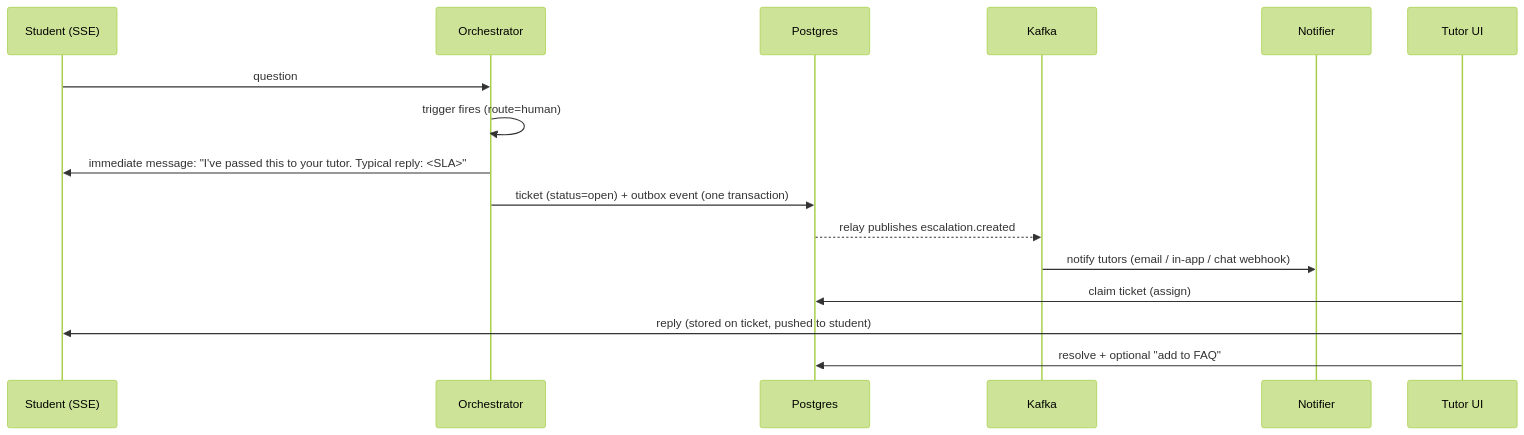
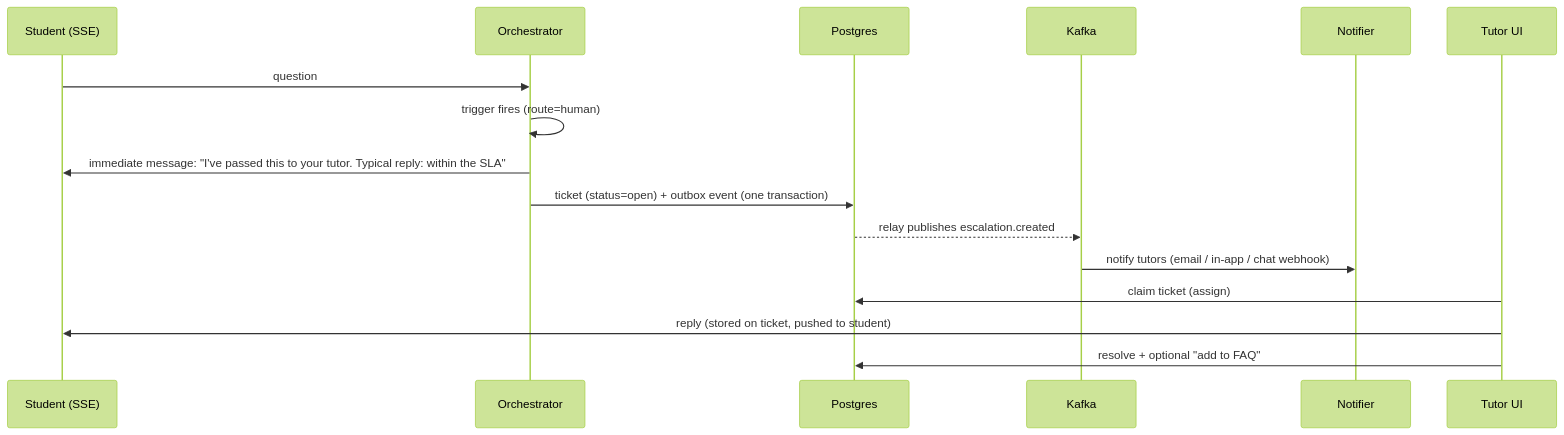
One commit to izasahmedldeveloper/ai-labs changed the diagram in docs/lld/10-escalation-hitl.md. Above: the diagram before and after it, drawn with Mermaid (forest theme).

Commit message:
Fix angle bracket in escalation sequence diagram
Claude-Session: https://claude.ai/code/session_014PhadER6y6X9sUYcGsrPox

````diff
--- a/docs/lld/10-escalation-hitl.md
+++ b/docs/lld/10-escalation-hitl.md
@@ -18,18 +18,18 @@
 ```mermaid
 sequenceDiagram
   participant S as Student (SSE)
   participant O as Orchestrator
   participant PG as Postgres
   participant K as Kafka
   participant N as Notifier
   participant T as Tutor UI
   S->>O: question
   O->>O: trigger fires (route=human)
-  O->>S: immediate message: "I've passed this to your tutor. Typical reply: <SLA>"
+  O->>S: immediate message: "I've passed this to your tutor. Typical reply: within the SLA"
   O->>PG: ticket (status=open) + outbox event (one transaction)
   PG-->>K: relay publishes escalation.created
   K->>N: notify tutors (email / in-app / chat webhook)
   T->>PG: claim ticket (assign)
   T->>S: reply (stored on ticket, pushed to student)
   T->>PG: resolve + optional "add to FAQ"
 ```
````
